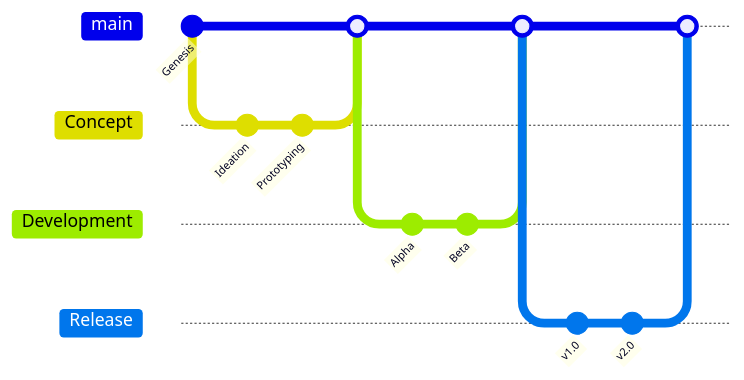
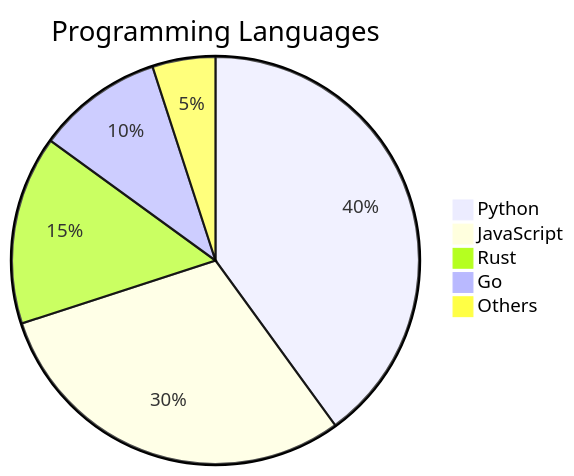
The third of 3 diagrams in README.md (Ayanleaideed/Ayanleaideed), drawn with Mermaid before and after one commit. The commit also changed other lines of this file, not shown here.

````diff
--- a/README.md
+++ b/README.md
@@ -22,19 +157,8 @@
 ```mermaid
-gitGraph
-    commit id: "Genesis"
-    branch Concept
-    commit id: "Ideation"
-    commit id: "Prototyping"
-    checkout main
-    merge Concept
-    branch Development
-    commit id: "Alpha"
-    commit id: "Beta"
-    checkout main
-    merge Development
-    branch Release
-    commit id: "v1.0"
-    commit id: "v2.0"
-    checkout main
-    merge Release
+pie title Programming Languages
+    "Python" : 40
+    "JavaScript" : 30
+    "Rust" : 15
+    "Go" : 10
+    "Others" : 5
 ```
````
